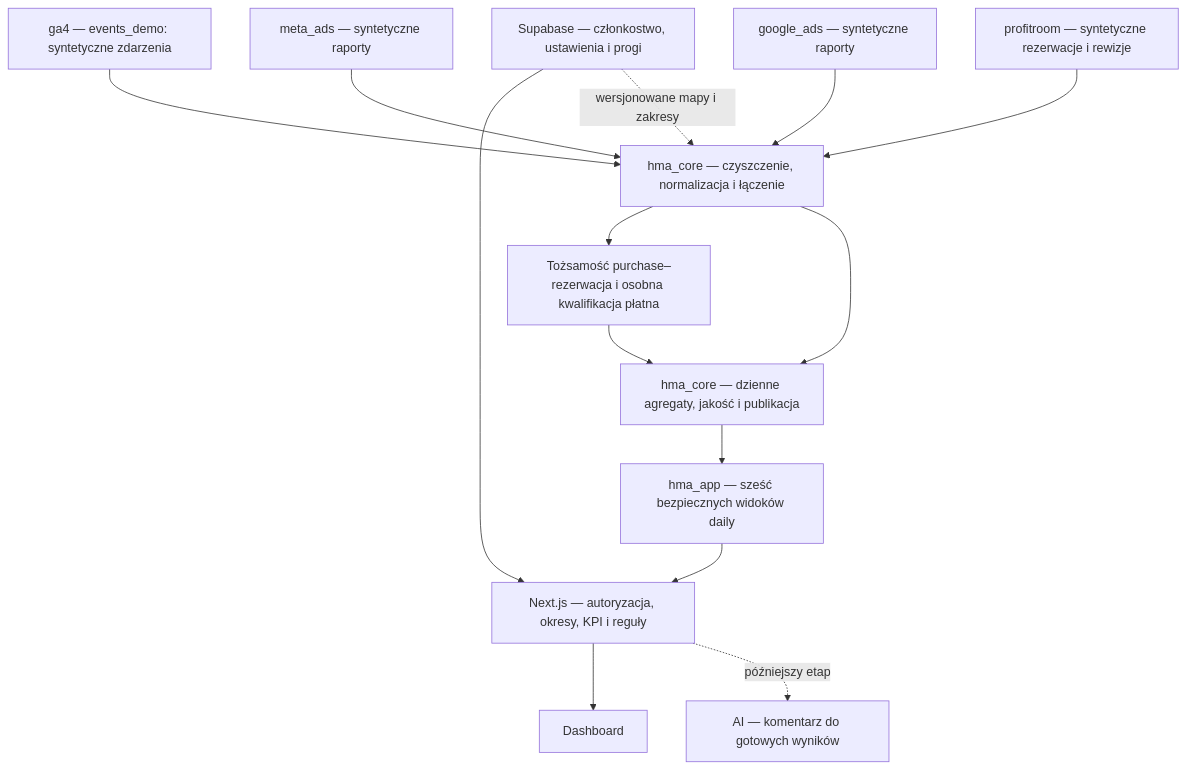
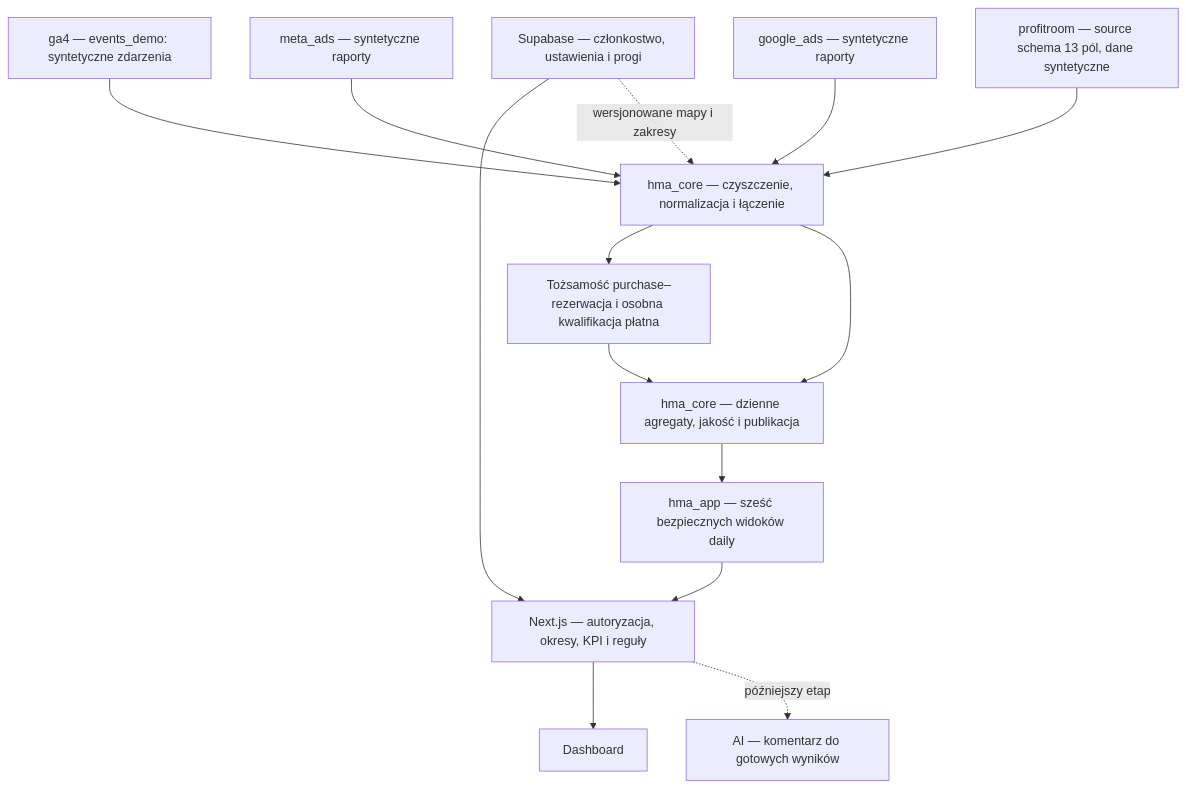
The diagram in docs/BIGQUERY_DESIGN.md (annabrendel05-crypto/hotel-marketing-analyzer), drawn with Mermaid before and after one commit. The commit also changed other lines of this file and 5 other files, not shown here.

Commit message:
bigquery: add source-aligned Profitroom synthetic generator

````diff
--- a/docs/BIGQUERY_DESIGN.md
+++ b/docs/BIGQUERY_DESIGN.md
@@ -56,16 +56,16 @@
 ```mermaid
 flowchart TD
     GA["ga4 — events_demo: syntetyczne zdarzenia"] --> CORE["hma_core — czyszczenie, normalizacja i łączenie"]
     META["meta_ads — syntetyczne raporty"] --> CORE
     GOOGLE["google_ads — syntetyczne raporty"] --> CORE
-    PR["profitroom — syntetyczne rezerwacje i rewizje"] --> CORE
+    PR["profitroom — source schema 13 pól, dane syntetyczne"] --> CORE
     CORE --> ID["Tożsamość purchase–rezerwacja i osobna kwalifikacja płatna"]
     ID --> AGG["hma_core — dzienne agregaty, jakość i publikacja"]
     CORE --> AGG
     AGG --> APP["hma_app — sześć bezpiecznych widoków daily"]
     SB["Supabase — członkostwo, ustawienia i progi"] --> SERVER["Next.js — autoryzacja, okresy, KPI i reguły"]
     SB -. "wersjonowane mapy i zakresy" .-> CORE
     APP --> SERVER
     SERVER --> UI["Dashboard"]
     SERVER -. "późniejszy etap" .-> AI["AI — komentarz do gotowych wyników"]
 ```
````
